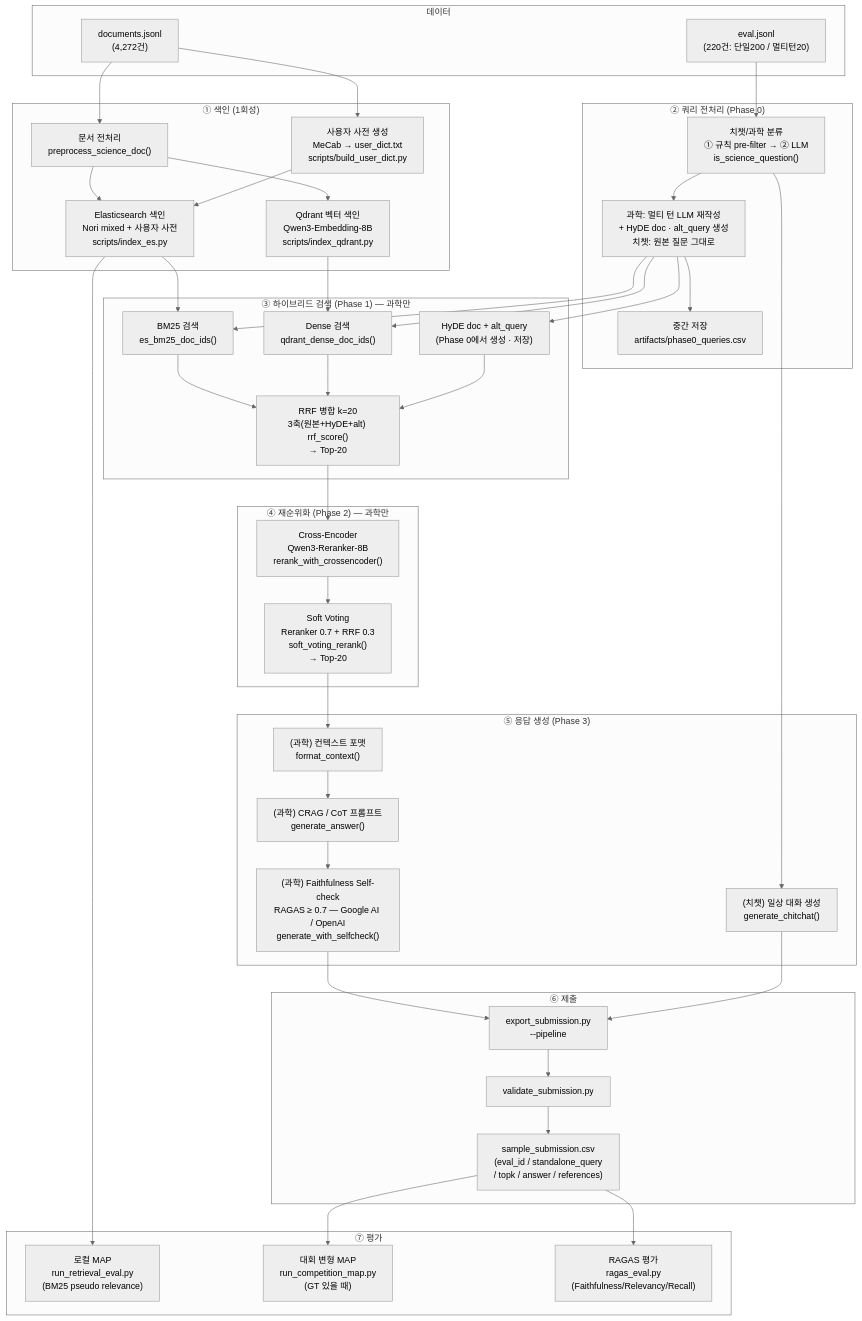
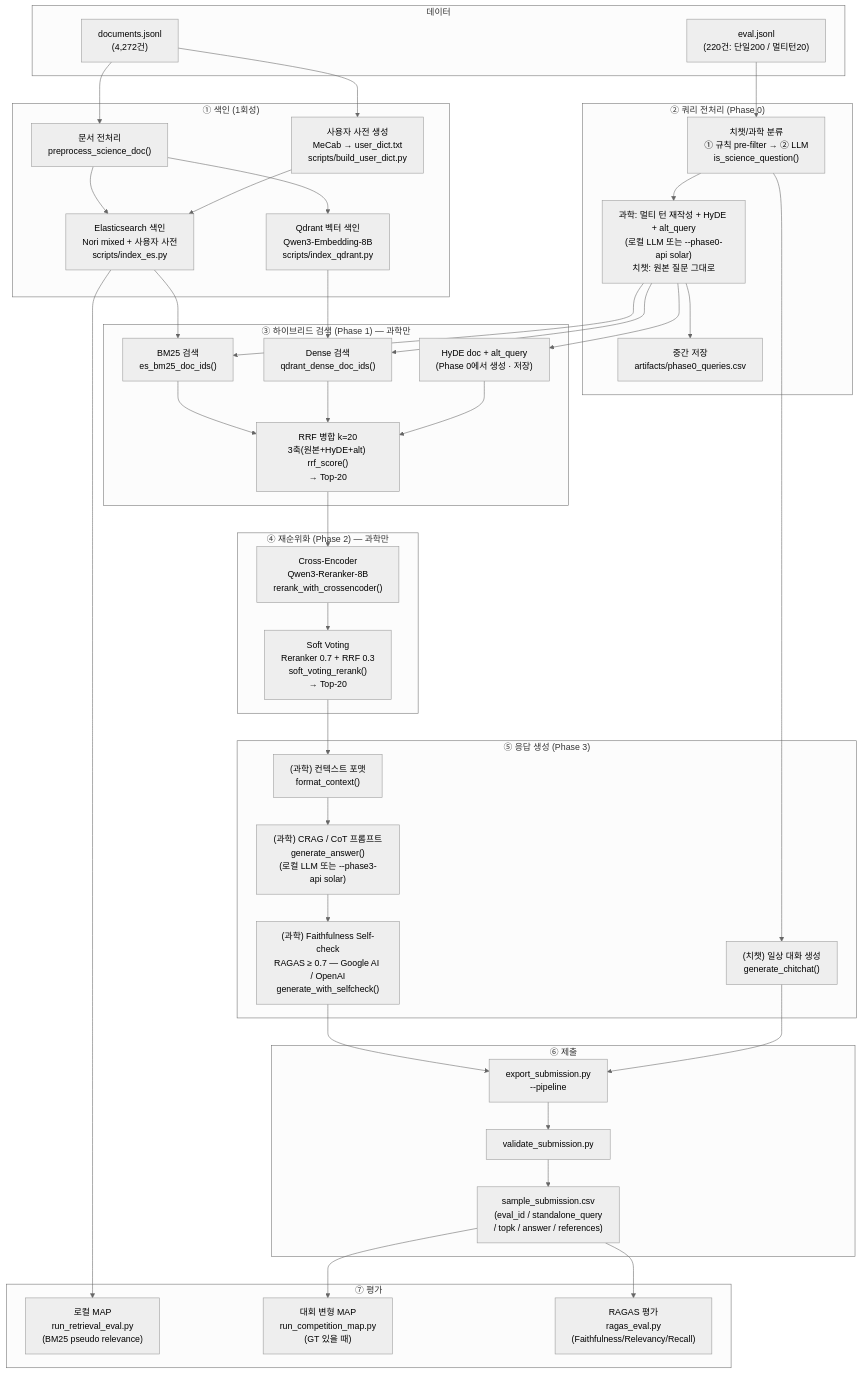
One commit to WanYoung-Oh/IR_PJT changed the first of 2 diagrams in docs/OPERATION.md. Above: the diagram before and after it, drawn with Mermaid (neutral theme). The commit also changed other lines of this file and 7 other files, not shown here.

````diff
--- a/docs/OPERATION.md
+++ b/docs/OPERATION.md
@@ -9,65 +9,65 @@
 ```mermaid
 flowchart TD
     subgraph data ["데이터"]
       D1["documents.jsonl<br>(4,272건)"]
         D2["eval.jsonl<br>(220건: 단일200 / 멀티턴20)"]
     end
 
     subgraph index ["① 색인 (1회성)"]
         PRE["문서 전처리<br>preprocess_science_doc()"]
         IDX_ES["Elasticsearch 색인<br>Nori mixed + 사용자 사전<br>scripts/index_es.py"]
         IDX_QD["Qdrant 벡터 색인<br>Qwen3-Embedding-8B<br>scripts/index_qdrant.py"]
         DICT["사용자 사전 생성<br>MeCab → user_dict.txt<br>scripts/build_user_dict.py"]
     end
 
     subgraph query ["② 쿼리 전처리 (Phase 0)"]
         CLASS["치챗/과학 분류<br>① 규칙 pre-filter → ② LLM<br>is_science_question()"]
-        QP["과학: 멀티 턴 LLM 재작성<br>+ HyDE doc · alt_query 생성<br>치챗: 원본 질문 그대로"]
+        QP["과학: 멀티 턴 재작성 + HyDE + alt_query<br>(로컬 LLM 또는 --phase0-api solar)<br>치챗: 원본 질문 그대로"]
         P0SAVE["중간 저장<br>artifacts/phase0_queries.csv"]
     end
 
     subgraph retrieval ["③ 하이브리드 검색 (Phase 1) — 과학만"]
         BM25["BM25 검색<br>es_bm25_doc_ids()"]
         DENSE["Dense 검색<br>qdrant_dense_doc_ids()"]
         HYDE["HyDE doc + alt_query<br>(Phase 0에서 생성 · 저장)"]
         RRF["RRF 병합 k=20<br>3축(원본+HyDE+alt) rrf_score()<br>→ Top-20"]
     end
 
     subgraph rerank ["④ 재순위화 (Phase 2) — 과학만"]
         RERANKER["Cross-Encoder<br>Qwen3-Reranker-8B<br>rerank_with_crossencoder()"]
         VOTE["Soft Voting<br>Reranker 0.7 + RRF 0.3<br>soft_voting_rerank()<br>→ Top-20"]
     end
 
     subgraph gen ["⑤ 응답 생성 (Phase 3)"]
         CTX["(과학) 컨텍스트 포맷<br>format_context()"]
-        LLM["(과학) CRAG / CoT 프롬프트<br>generate_answer()"]
+        LLM["(과학) CRAG / CoT 프롬프트<br>generate_answer()<br>(로컬 LLM 또는 --phase3-api solar)"]
         CHECK["(과학) Faithfulness Self-check<br>RAGAS ≥ 0.7 — Google AI / OpenAI<br>generate_with_selfcheck()"]
         CHAT["(치챗) 일상 대화 생성<br>generate_chitchat()"]
     end
 
     subgraph output ["⑥ 제출"]
         SUB["export_submission.py<br>--pipeline"]
         VAL["validate_submission.py"]
         CSV["sample_submission.csv<br>(eval_id / standalone_query<br>/ topk / answer / references)"]
     end
 
     subgraph eval ["⑦ 평가"]
         MAP_LOCAL["로컬 MAP<br>run_retrieval_eval.py<br>(BM25 pseudo relevance)"]
         MAP_COMP["대회 변형 MAP<br>run_competition_map.py<br>(GT 있을 때)"]
         RAGAS_E["RAGAS 평가<br>ragas_eval.py<br>(Faithfulness/Relevancy/Recall)"]
     end
 
     D1 --> PRE --> IDX_ES & IDX_QD
     D1 --> DICT --> IDX_ES
     D2 --> CLASS --> QP --> P0SAVE
     QP --> BM25 & DENSE & HYDE
     IDX_ES --> BM25
     IDX_QD --> DENSE
     BM25 & DENSE & HYDE --> RRF
     RRF --> RERANKER --> VOTE
     VOTE --> CTX --> LLM --> CHECK
     CLASS --> CHAT
     CHECK & CHAT --> SUB --> VAL --> CSV
     CSV --> MAP_COMP & RAGAS_E
     IDX_ES --> MAP_LOCAL
 ```
````
